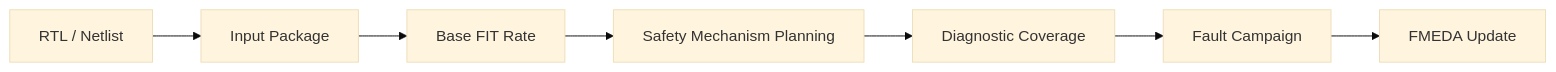
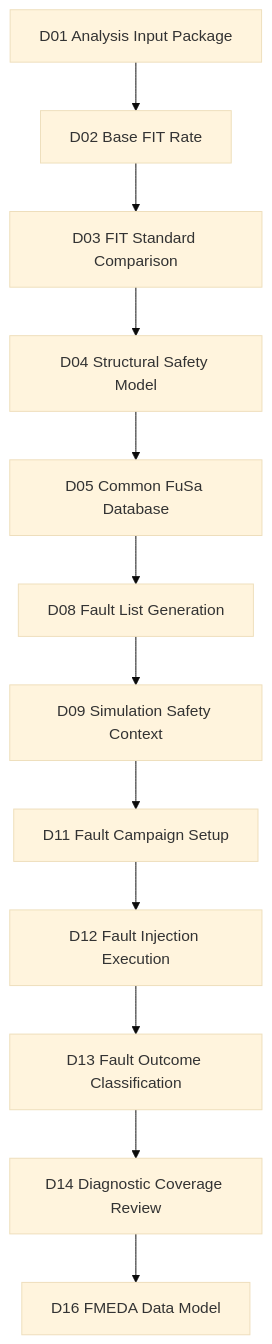
The first of 3 diagrams in articles/01_automotive_safeic_practice_d01_github_en_revised.md (qiqixixi1001/automotive-safeic-practice), drawn with Mermaid (base theme) before and after one commit. The commit also changed other lines of this file, not shown here.

````diff
--- a/articles/01_automotive_safeic_practice_d01_github_en_revised.md
+++ b/articles/01_automotive_safeic_practice_d01_github_en_revised.md
@@ -154,9 +245,14 @@
 ```mermaid
-flowchart LR
-    A[RTL / Netlist] --> B[Input Package]
-    B --> C[Base FIT Rate]
-    C --> D[Safety Mechanism Planning]
-    D --> E[Diagnostic Coverage]
-    E --> F[Fault Campaign]
-    F --> G[FMEDA Update]
+flowchart TD
+    A[D01 Analysis Input Package] --> B[D02 Base FIT Rate]
+    B --> C[D03 FIT Standard Comparison]
+    C --> D[D04 Structural Safety Model]
+    D --> E[D05 Common FuSa Database]
+    E --> F[D08 Fault List Generation]
+    F --> G[D09 Simulation Safety Context]
+    G --> H[D11 Fault Campaign Setup]
+    H --> I[D12 Fault Injection Execution]
+    I --> J[D13 Fault Outcome Classification]
+    J --> K[D14 Diagnostic Coverage Review]
+    K --> L[D16 FMEDA Data Model]
 ```
````
